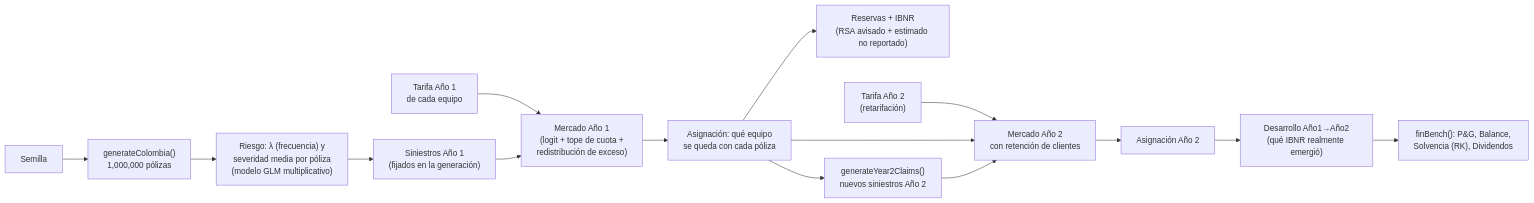
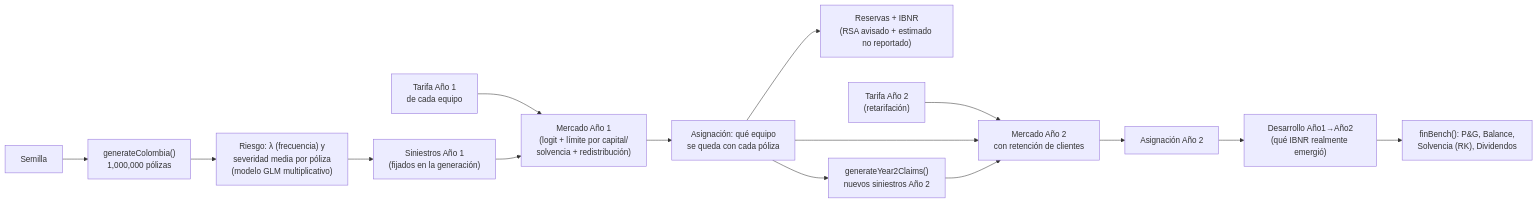
One commit to SaraGallego22/simulador-financiero-y-actuarial changed the second of 5 diagrams in README.md. Above: the diagram before and after it, drawn with Mermaid. The commit also changed other lines of this file and 11 other files, not shown here.

````diff
--- a/README.md
+++ b/README.md
@@ -49,20 +49,20 @@
 ```mermaid
 flowchart LR
     Seed["Semilla"] --> Gen["generateColombia()\n1,000,000 pólizas"]
     Gen --> Risk["Riesgo: λ (frecuencia) y\nseveridad media por póliza\n(modelo GLM multiplicativo)"]
     Risk --> Claims1["Siniestros Año 1\n(fijados en la generación)"]
 
-    Tarifa1["Tarifa Año 1\nde cada equipo"] --> Market1["Mercado Año 1\n(logit + tope de cuota +\nredistribución de exceso)"]
+    Tarifa1["Tarifa Año 1\nde cada equipo"] --> Market1["Mercado Año 1\n(logit + límite por capital/\nsolvencia + redistribución)"]
     Claims1 --> Market1
     Market1 --> Assign1["Asignación: qué equipo\nse queda con cada póliza"]
 
     Assign1 --> Reserves["Reservas + IBNR\n(RSA avisado + estimado no reportado)"]
     Assign1 --> Claims2["generateYear2Claims()\nnuevos siniestros Año 2"]
     Tarifa2["Tarifa Año 2\n(retarifación)"] --> Market2["Mercado Año 2\ncon retención de clientes"]
     Assign1 --> Market2
     Claims2 --> Market2
     Market2 --> Assign2["Asignación Año 2"]
 
     Assign2 --> Dev["Desarrollo Año1→Año2\n(qué IBNR realmente emergió)"]
     Dev --> FinBench["finBench(): P&G, Balance,\nSolvencia (RK), Dividendos"]
 ```
````
